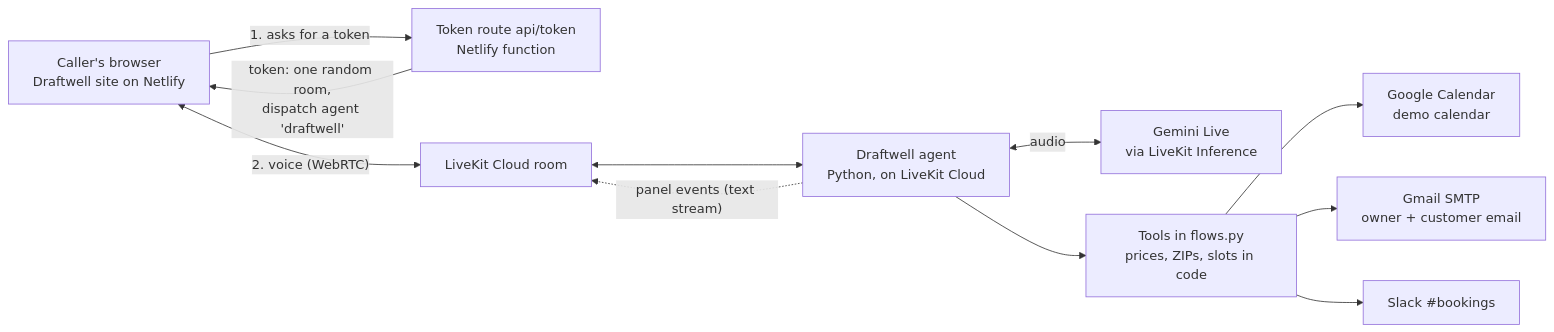
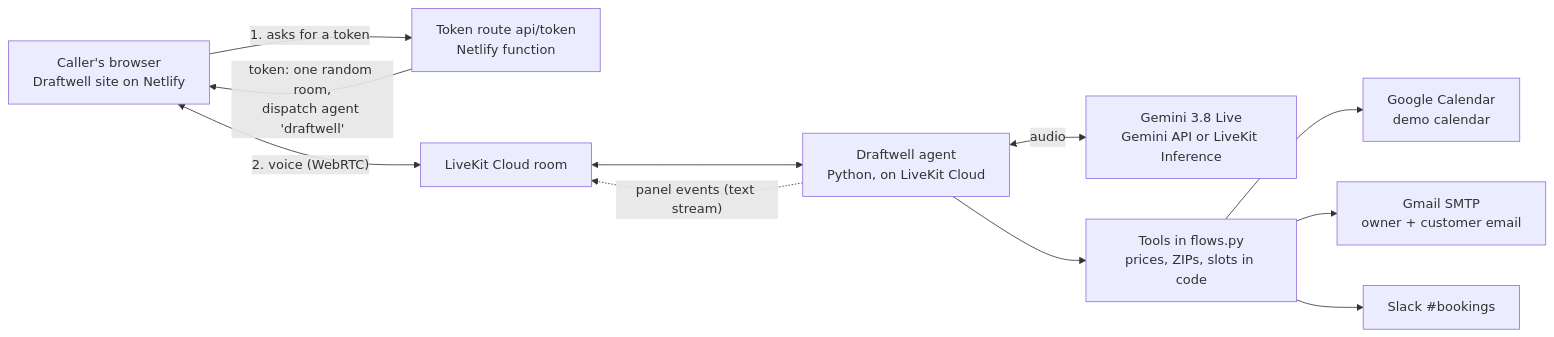
The diagram in README.md (AIglobalwork/draftwell-voice-agent), drawn with Mermaid before and after one commit. The commit also changed other lines of this file and 2 other files, not shown here.

First line of the commit message:
docs: README after the move to the Gemini API, with measured costs

````diff
--- a/README.md
+++ b/README.md
@@ -64,23 +78,23 @@
 ```mermaid
 flowchart LR
     browser["Caller's browser<br/>Draftwell site on Netlify"]
     token["Token route api/token<br/>Netlify function"]
     room["LiveKit Cloud room"]
     agent["Draftwell agent<br/>Python, on LiveKit Cloud"]
-    model["Gemini Live<br/>via LiveKit Inference"]
+    model["Gemini 3.8 Live<br/>Gemini API or LiveKit Inference"]
     tools["Tools in flows.py<br/>prices, ZIPs, slots in code"]
     calendar["Google Calendar<br/>demo calendar"]
     gmail["Gmail SMTP<br/>owner + customer email"]
     slack["Slack #bookings"]
 
     browser -->|"1. asks for a token"| token
     token -->|"token: one random room,<br/>dispatch agent 'draftwell'"| browser
     browser <-->|"2. voice (WebRTC)"| room
     room <--> agent
     agent <-->|audio| model
     agent --> tools
     tools --> calendar
     tools --> gmail
     tools --> slack
     agent -.->|"panel events (text stream)"| room
 ```
````
